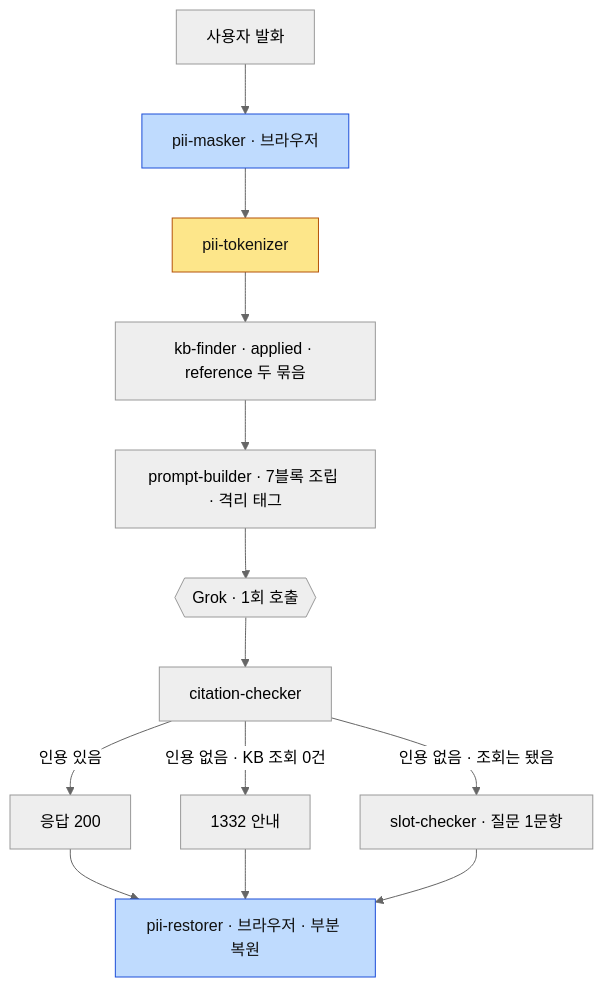
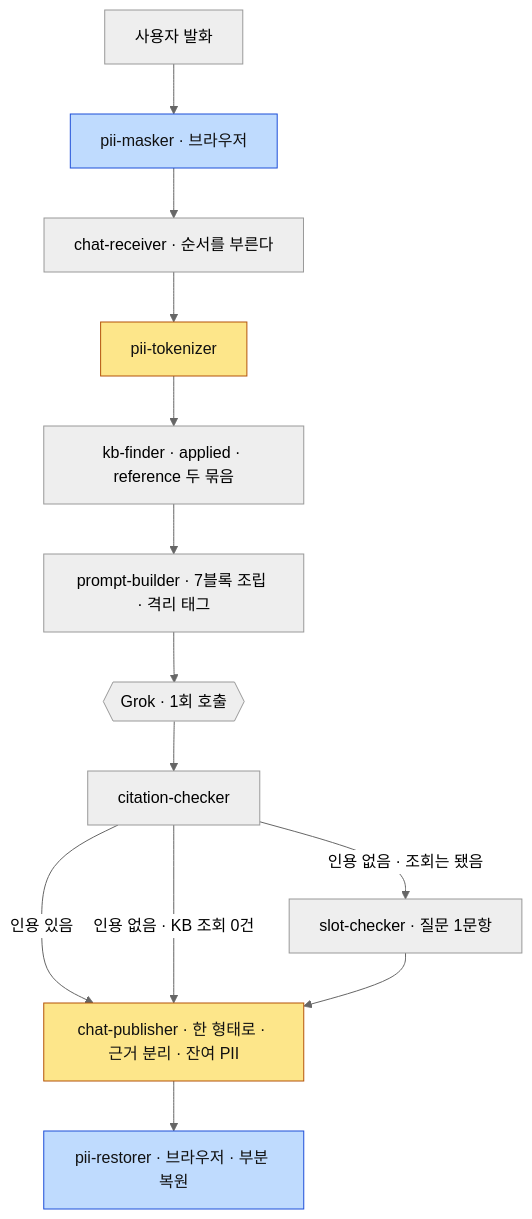
The third of 7 diagrams in ARCHITECTURE.md (Dojaegyum/fsec-ai-challenge), drawn with Mermaid (neutral theme) before and after one commit. The commit also changed other lines of this file and 4 other files, not shown here.

````diff
--- a/ARCHITECTURE.md
+++ b/ARCHITECTURE.md
@@ -167,21 +167,22 @@
 ```mermaid
 flowchart TB
     IN["사용자 발화"] --> MASK2["pii-masker · 브라우저"]
-    MASK2 --> TOK2["pii-tokenizer"]
+    MASK2 --> RECV["chat-receiver · 순서를 부른다"]
+    RECV --> TOK2["pii-tokenizer"]
     TOK2 --> FIND["kb-finder · applied · reference 두 묶음"]
     FIND --> PB["prompt-builder · 7블록 조립 · 격리 태그"]
     PB --> LLM{{"Grok · 1회 호출"}}
     LLM --> CC["citation-checker"]
 
-    CC -->|"인용 있음"| OUT["응답 200"]
-    CC -->|"인용 없음 · KB 조회 0건"| G1332["1332 안내"]
+    CC -->|"인용 있음"| PUB["chat-publisher · 한 형태로 · 근거 분리 · 잔여 PII"]
+    CC -->|"인용 없음 · KB 조회 0건"| PUB
     CC -->|"인용 없음 · 조회는 됐음"| SLOT["slot-checker · 질문 1문항"]
+    SLOT --> PUB
 
-    OUT --> BROWSER["pii-restorer · 브라우저 · 부분 복원"]
-    G1332 --> BROWSER
-    SLOT --> BROWSER
+    PUB --> BROWSER["pii-restorer · 브라우저 · 부분 복원"]
 
     style MASK2 fill:#bfdbfe,stroke:#1d4ed8,color:#111
     style TOK2 fill:#fde68a,stroke:#b45309,color:#111
+    style PUB fill:#fde68a,stroke:#b45309,color:#111
     style BROWSER fill:#bfdbfe,stroke:#1d4ed8,color:#111
 ```
````
